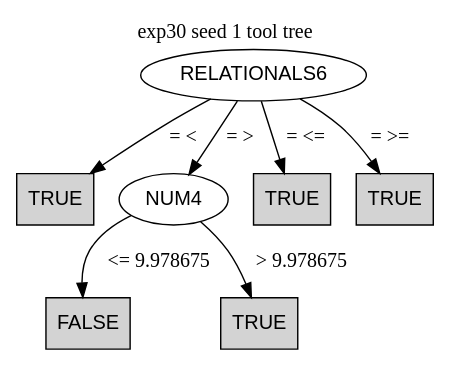
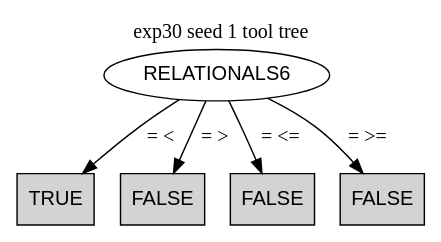
The diagram in derived_results/tool_trees/exp30/seed1/tool_tree.dot (rdinizcal/Diagnosis-replication-package), drawn with Graphviz before and after one commit. The commit also changed 666 other files, not shown here.

```diff
--- a/derived_results/tool_trees/exp30/seed1/tool_tree.dot
+++ b/derived_results/tool_trees/exp30/seed1/tool_tree.dot
@@ -1,18 +1,14 @@
 digraph J48Tree {
 rankdir=TB;
 node [fontname=Helvetica];
 label="exp30 seed 1 tool tree"; labelloc=t;
 N0 [label="RELATIONALS6",shape=ellipse];
 N1 [label="TRUE",shape=box,style=filled,fillcolor=lightgray];
-N2 [label="NUM4",shape=ellipse];
+N2 [label="FALSE",shape=box,style=filled,fillcolor=lightgray];
 N3 [label="FALSE",shape=box,style=filled,fillcolor=lightgray];
-N4 [label="TRUE",shape=box,style=filled,fillcolor=lightgray];
-N5 [label="TRUE",shape=box,style=filled,fillcolor=lightgray];
-N6 [label="TRUE",shape=box,style=filled,fillcolor=lightgray];
+N4 [label="FALSE",shape=box,style=filled,fillcolor=lightgray];
 N0 -> N1 [label="= <"];
 N0 -> N2 [label="= >"];
-N2 -> N3 [label="<= 9.978675"];
-N2 -> N4 [label="> 9.978675"];
-N0 -> N5 [label="= <="];
-N0 -> N6 [label="= >="];
+N0 -> N3 [label="= <="];
+N0 -> N4 [label="= >="];
 }
```
